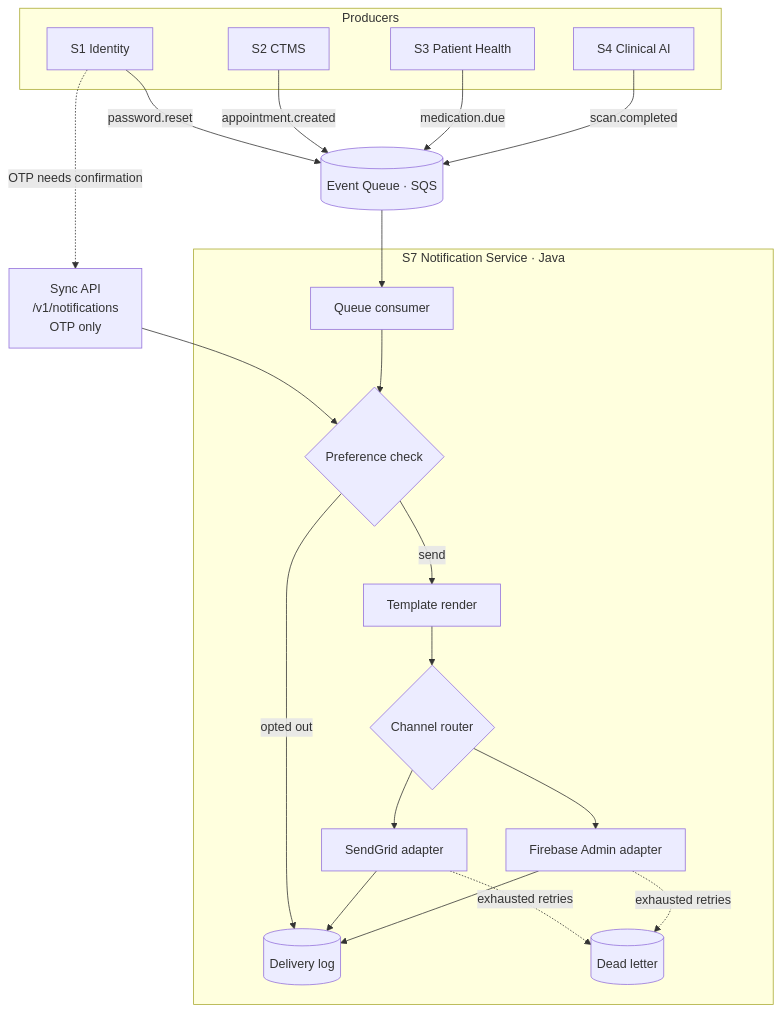
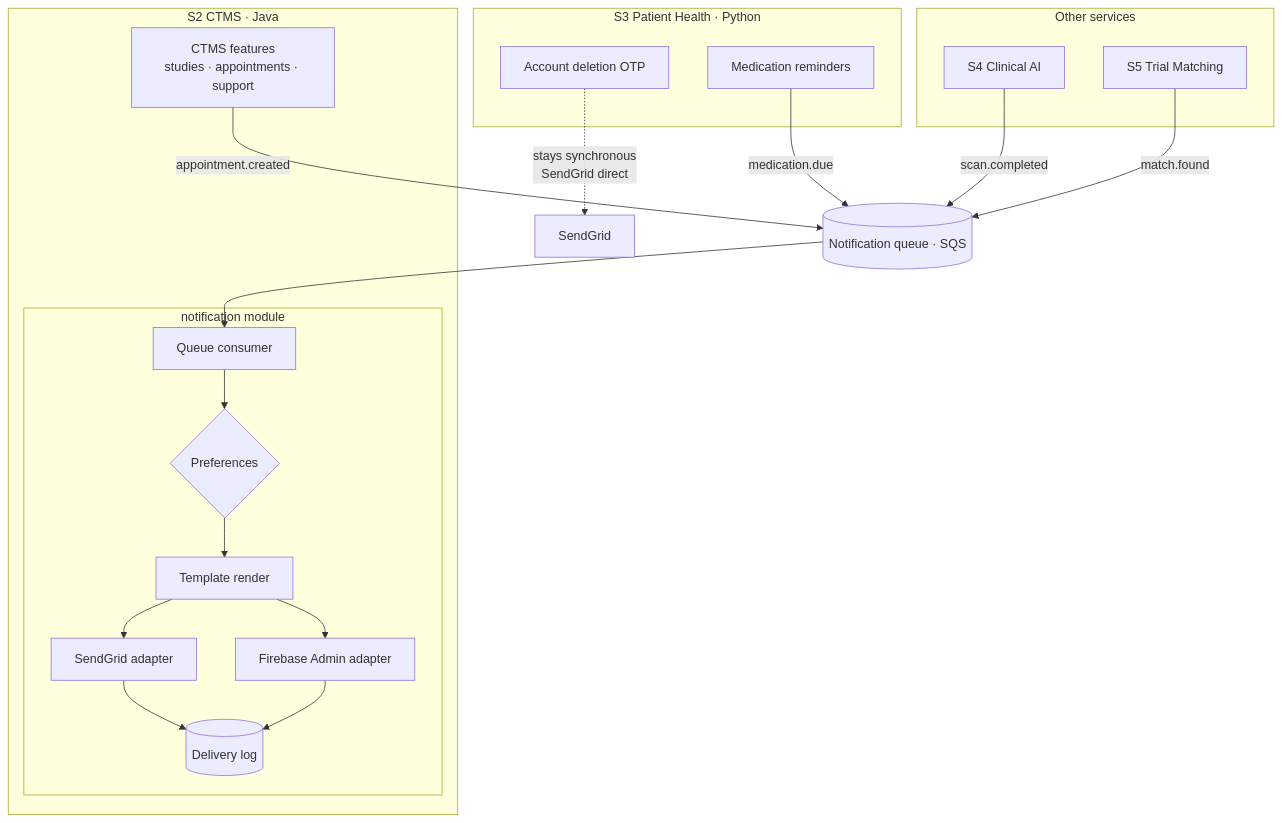
One commit to rajhekma/hekma-platform changed the diagram in docs/NOTIFICATION_SERVICE_DESIGN.md. Above: the diagram before and after it, drawn with Mermaid. The commit also changed other lines of this file and 2 other files, not shown here.

Commit message:
Notification: module inside S2 with a queue, not a separate deployable

````diff
--- a/docs/NOTIFICATION_SERVICE_DESIGN.md
+++ b/docs/NOTIFICATION_SERVICE_DESIGN.md
@@ -92,42 +68,34 @@
 ```mermaid
 flowchart TB
-    subgraph producers [Producers]
-        S1[S1 Identity]
-        S2[S2 CTMS]
-        S3[S3 Patient Health]
+    subgraph py ["S3 Patient Health · Python"]
+        MED[Medication reminders]
+        OTP[Account deletion OTP]
+    end
+    subgraph other [Other services]
         S4[S4 Clinical AI]
+        S5[S5 Trial Matching]
     end
 
-    Q[(Event Queue · SQS)]
-    API["Sync API<br/>/v1/notifications<br/>OTP only"]
+    Q[(Notification queue · SQS)]
 
-    S1 -->|password.reset| Q
-    S2 -->|appointment.created| Q
-    S3 -->|medication.due| Q
-    S4 -->|scan.completed| Q
-    S1 -.->|OTP needs confirmation| API
-
-    subgraph S7 ["S7 Notification Service · Java"]
-        CONS[Queue consumer]
-        PREF{Preference check}
-        TPL[Template render]
-        ROUTE{Channel router}
-        EMAIL[SendGrid adapter]
-        PUSH[Firebase Admin adapter]
-        LOG[(Delivery log)]
-        DLQ[(Dead letter)]
+    subgraph s2 ["S2 CTMS · Java"]
+        CTMS[CTMS features<br/>studies · appointments · support]
+        subgraph mod ["notification module"]
+            CONS[Queue consumer]
+            PREF{Preferences}
+            TPL[Template render]
+            EMAIL[SendGrid adapter]
+            PUSH[Firebase Admin adapter]
+            LOG[(Delivery log)]
+        end
     end
 
-    Q --> CONS
-    API --> PREF
-    CONS --> PREF
-    PREF -->|opted out| LOG
-    PREF -->|send| TPL
-    TPL --> ROUTE
-    ROUTE --> EMAIL
-    ROUTE --> PUSH
-    EMAIL --> LOG
-    PUSH --> LOG
-    EMAIL -.->|exhausted retries| DLQ
-    PUSH -.->|exhausted retries| DLQ
+    MED -->|medication.due| Q
+    S4 -->|scan.completed| Q
+    S5 -->|match.found| Q
+    CTMS -->|appointment.created| Q
+    Q --> CONS --> PREF --> TPL --> EMAIL & PUSH
+    EMAIL & PUSH --> LOG
+
+    OTP -.->|stays synchronous<br/>SendGrid direct| SG[SendGrid]
 ```
````
